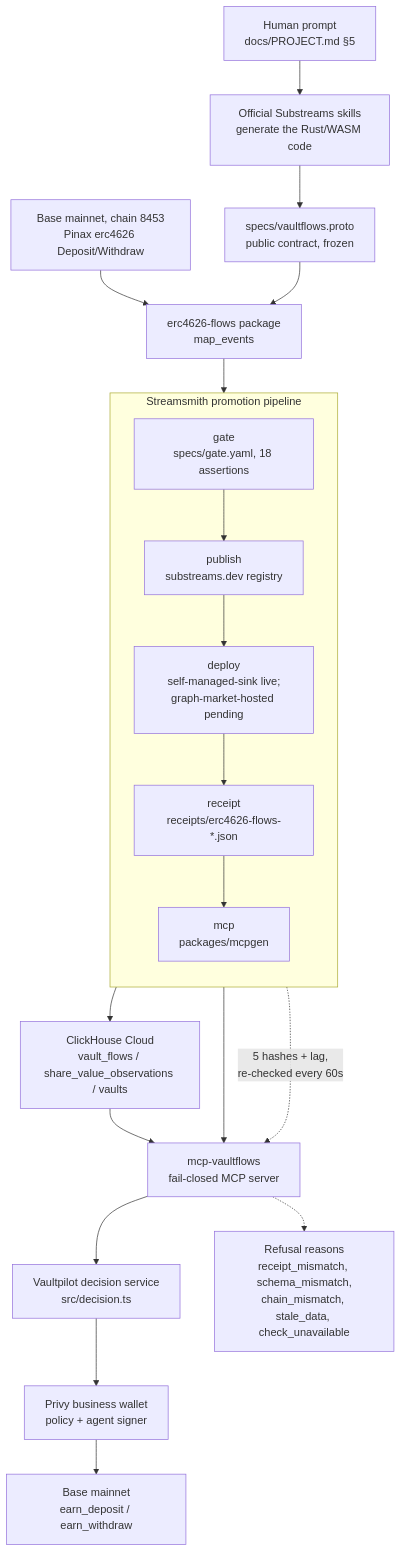
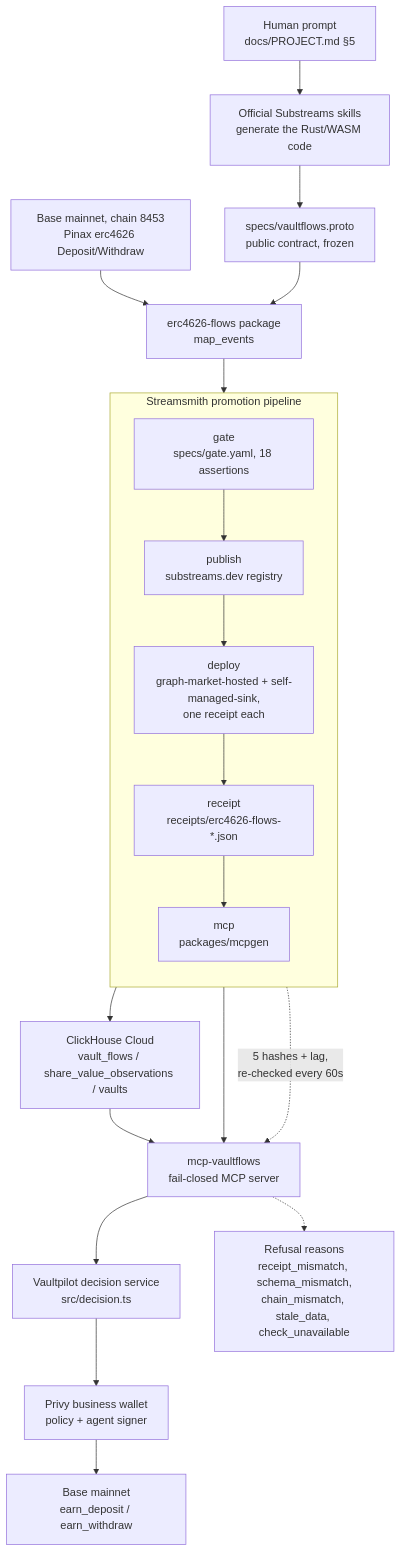
The diagram in docs/diagram.mmd (pavvann/streamsmith), drawn with Mermaid before and after one commit. The commit also changed 9 other files, not shown here.

```diff
--- a/docs/diagram.mmd
+++ b/docs/diagram.mmd
@@ -1,27 +1,27 @@
 flowchart TD
     PROMPT["Human prompt<br/>docs/PROJECT.md §5"] --> SKILLS["Official Substreams skills<br/>generate the Rust/WASM code"]
     SKILLS --> CONTRACT["specs/vaultflows.proto<br/>public contract, frozen"]
     CHAINSRC["Base mainnet, chain 8453<br/>Pinax erc4626 Deposit/Withdraw"] --> PKG["erc4626-flows package<br/>map_events"]
     CONTRACT --> PKG
 
     subgraph PIPE["Streamsmith promotion pipeline"]
         direction TB
         GATE["gate<br/>specs/gate.yaml, 18 assertions"]
         PUBLISH["publish<br/>substreams.dev registry"]
-        DEPLOY["deploy<br/>self-managed-sink live;<br/>graph-market-hosted pending"]
+        DEPLOY["deploy<br/>graph-market-hosted + self-managed-sink,<br/>one receipt each"]
         RECEIPT["receipt<br/>receipts/erc4626-flows-*.json"]
         MCPGEN["mcp<br/>packages/mcpgen"]
         GATE --> PUBLISH --> DEPLOY --> RECEIPT --> MCPGEN
     end
 
     PKG --> GATE
     DEPLOY --> CH["ClickHouse Cloud<br/>vault_flows / share_value_observations / vaults"]
     CH --> MCP["mcp-vaultflows<br/>fail-closed MCP server"]
     MCPGEN --> MCP
     RECEIPT -.->|"5 hashes + lag,<br/>re-checked every 60s"| MCP
 
     MCP --> DECISION["Vaultpilot decision service<br/>src/decision.ts"]
     DECISION --> PRIVY["Privy business wallet<br/>policy + agent signer"]
     PRIVY --> BASETX["Base mainnet<br/>earn_deposit / earn_withdraw"]
 
     MCP -.-> REFUSE["Refusal reasons<br/>receipt_mismatch, schema_mismatch,<br/>chain_mismatch, stale_data, check_unavailable"]
```
